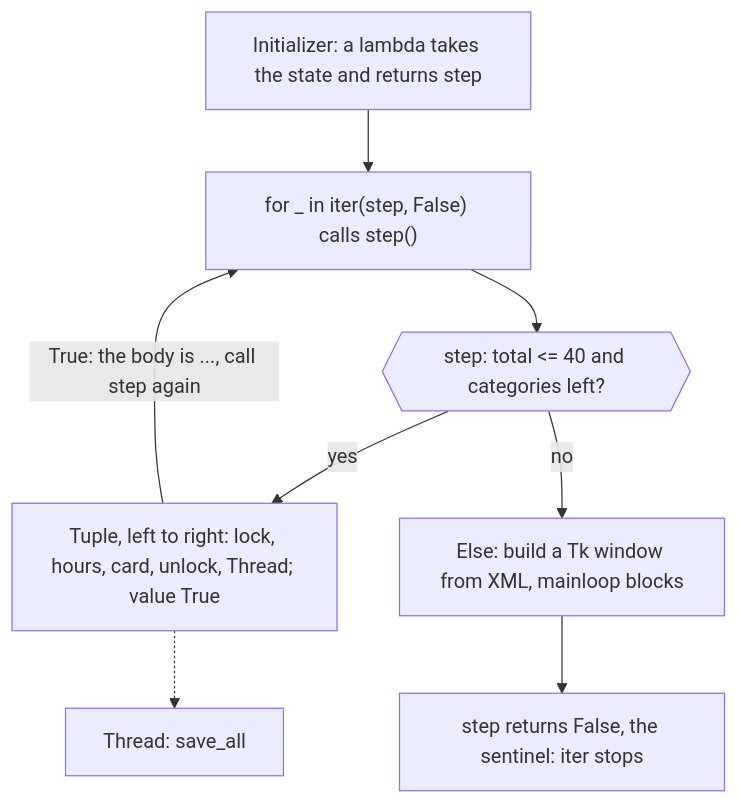
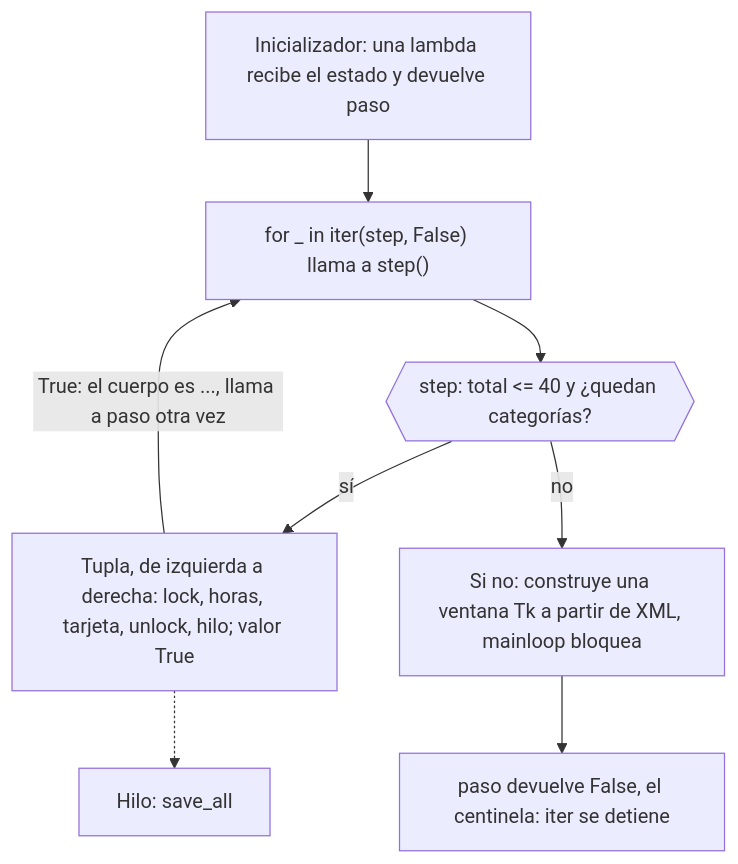
Before and after one commit to dullroar/aprende-a-programar-como-un-bicho-raro: the diagram in src/PythonChallenge1/README.md, drawn with Mermaid. The commit also changed other lines of this file and 17 other files, not shown here.

````diff
--- a/src/PythonChallenge1/README.md
+++ b/src/PythonChallenge1/README.md
@@ -61,12 +61,12 @@
 ```mermaid
 flowchart TD
-    accTitle: PythonChallenge1: iter with a sentinel calls one function until it returns False
-    accDescr: A flowchart. A lambda builds the function step from the state object. The for statement iterates iter(step, False), so it calls step again and again. Each call tests whether the total is 40 or less and a category remains. If so, a tuple of calls runs left to right: lock, add hours, stage a card, unlock, start a thread that saves. The last item of the tuple is True, which is not the sentinel, so the empty body runs and the loop calls step again. If not, the else branch builds a Tk window from an XML string and calls mainloop, which blocks until the window closes, and step returns False. That equals the sentinel, so iter stops and the for ends.
-    A["Initializer: a lambda takes the state and returns step"] --> B["for _ in iter(step, False) calls step()"]
-    B --> C{{"step: total <= 40 and categories left?"}}
-    C -->|yes| D["Tuple, left to right: lock, hours, card, unlock, Thread; value True"]
-    D -->|"True: the body is ..., call step again"| B
-    D -.-> T["Thread: save_all"]
-    C -->|no| F["Else: build a Tk window from XML, mainloop blocks"]
-    F --> G["step returns False, the sentinel: iter stops"]
+    accTitle: PythonChallenge1: iter con un centinela llama a una función hasta que devuelve False
+    accDescr: Un diagrama de flujo. Una lambda construye la función step a partir del objeto de estado. La instrucción for itera iter(step, False), así que llama a step una y otra vez. Cada llamada comprueba si el total no pasa de 40 y si queda una categoría. Si es así, se ejecuta una tupla de llamadas de izquierda a derecha: bloquear, sumar horas, preparar una tarjeta, desbloquear, iniciar un hilo que guarda. El último elemento de la tupla es True, que no es el centinela, así que se ejecuta el cuerpo vacío y el bucle llama a step otra vez. Si no, la rama else construye una ventana de Tk a partir de una cadena de texto XML y llama a mainloop, que bloquea hasta que se cierra la ventana, y step devuelve False. Eso es igual al centinela, así que iter se detiene y el for termina.
+    A["Inicializador: una lambda recibe el estado y devuelve paso"] --> B["for _ in iter(step, False) llama a step()"]
+    B --> C{{"step: total <= 40 y ¿quedan categorías?"}}
+    C -->|sí| D["Tupla, de izquierda a derecha: lock, horas, tarjeta, unlock, hilo; valor True"]
+    D -->|"True: el cuerpo es ..., llama a paso otra vez"| B
+    D -.-> T["Hilo: save_all"]
+    C -->|no| F["Si no: construye una ventana Tk a partir de XML, mainloop bloquea"]
+    F --> G["paso devuelve False, el centinela: iter se detiene"]
 ```
````
